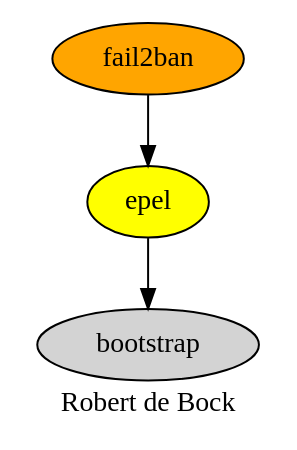
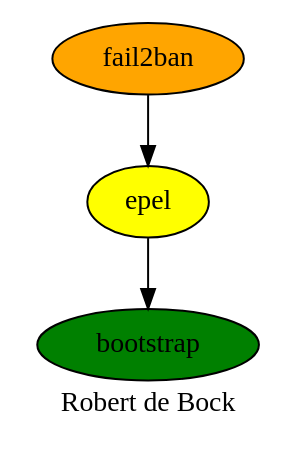
The diagram in fail2ban.dot (robertdebock/robertdebock.github.io), drawn with Graphviz before and after one commit.

Commit message:
Fixing fail2ban

```diff
--- a/fail2ban.dot
+++ b/fail2ban.dot
@@ -1,11 +1,11 @@
 digraph PhiloDilemma {
   label = "Robert de Bock" ;
   overlap=false
   {
-    bootstrap [fillcollor=green style=filled]
+    bootstrap [fillcolor=green style=filled]
     epel [fillcolor=yellow style=filled]
-    fail2ban [fillcolor=orange style=filled]
+    fail2ban [fillcolor=orange style=filled penwidt=3]
   }
+  fail2ban -> epel
   epel -> bootstrap
-  fail2ban -> epel
 }
```
